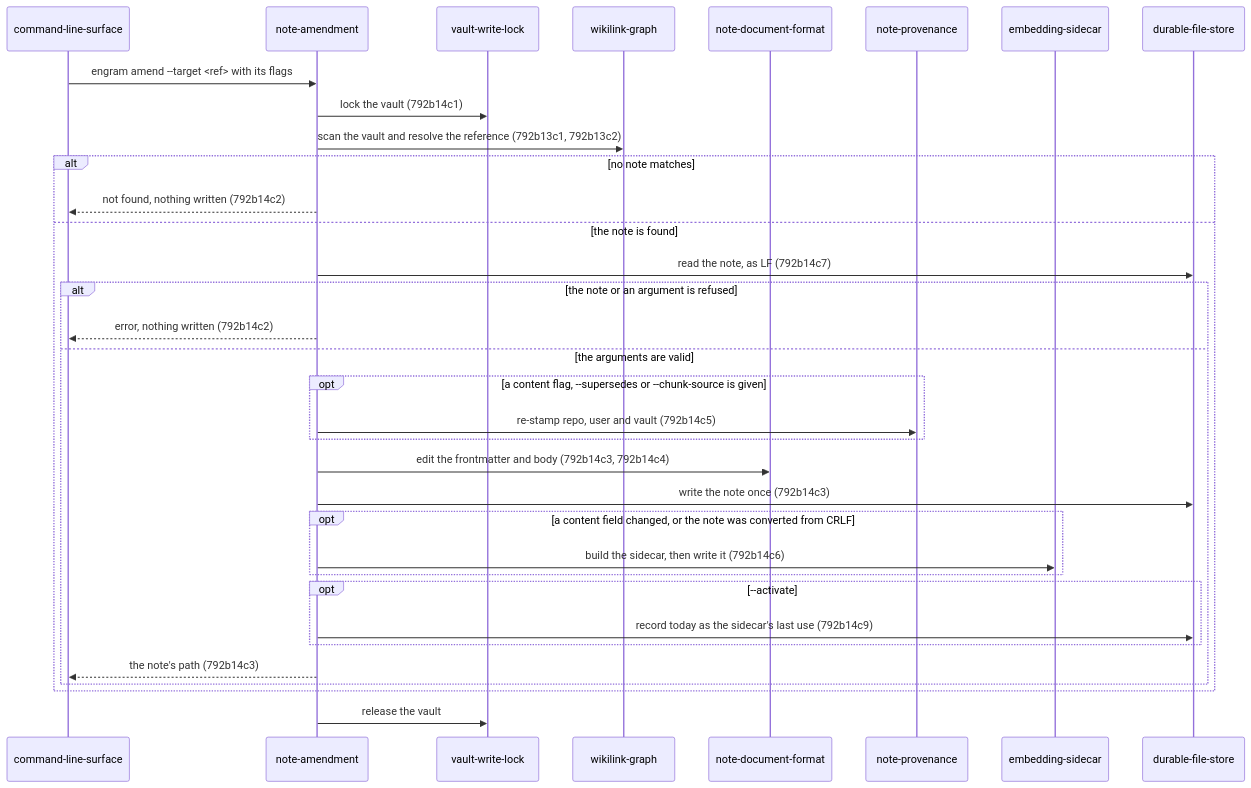
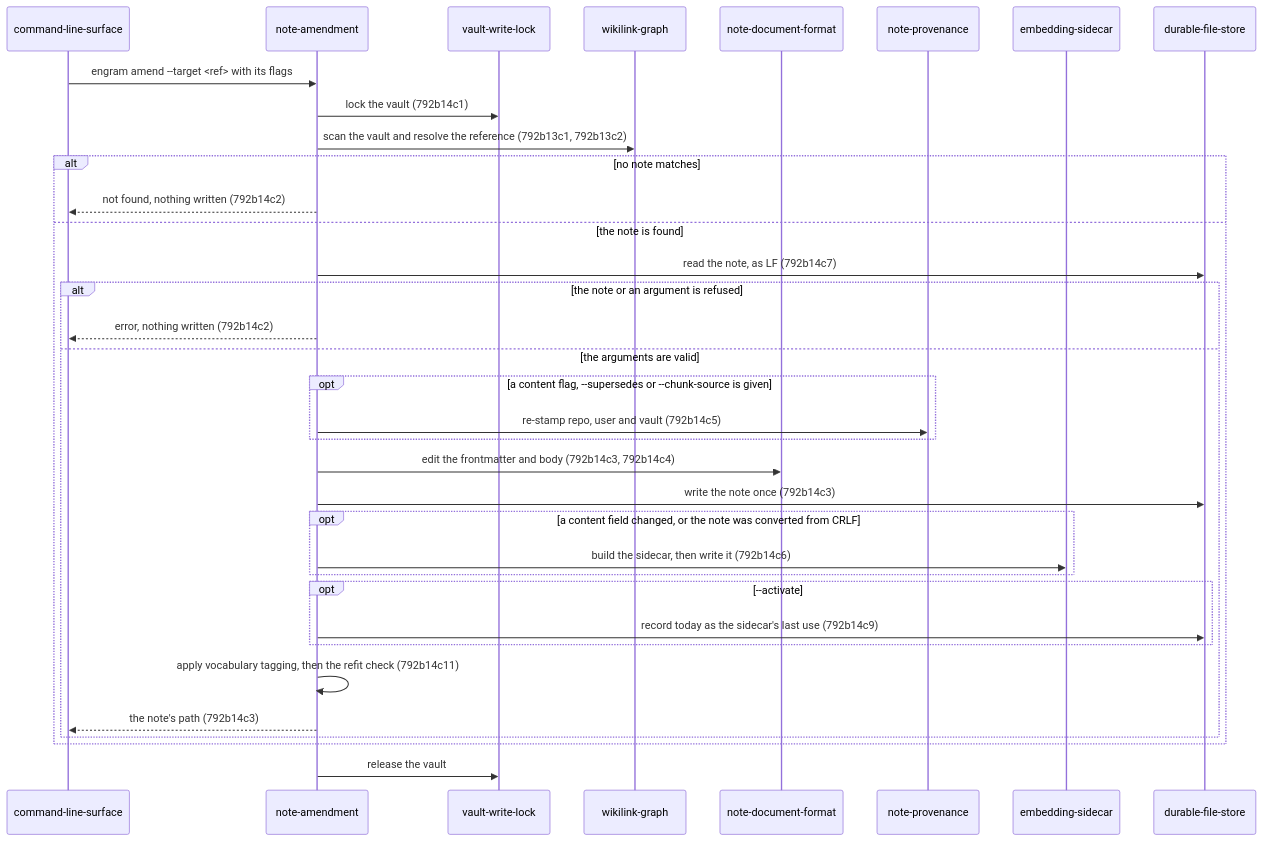
Before and after one commit to toejough/engram: diagram 14 of 20 in docs/changes/792_documentation-framework-adoption/792b_technical-spec.md, drawn with Mermaid. The commit also changed other lines of this file and 14 other files, not shown here.

````diff
--- a/docs/changes/792_documentation-framework-adoption/792b_technical-spec.md
+++ b/docs/changes/792_documentation-framework-adoption/792b_technical-spec.md
@@ -4142,36 +4283,37 @@
 ```mermaid
 sequenceDiagram
   participant CLI as command-line-surface
   participant Amend as note-amendment
   participant Lock as vault-write-lock
   participant Graph as wikilink-graph
   participant Format as note-document-format
   participant Provenance as note-provenance
   participant Sidecar as embedding-sidecar
   participant Store as durable-file-store
   CLI->>Amend: engram amend --target <ref> with its flags
   Amend->>Lock: lock the vault (792b14c1)
   Amend->>Graph: scan the vault and resolve the reference (792b13c1, 792b13c2)
   alt no note matches
     Amend-->>CLI: not found, nothing written (792b14c2)
   else the note is found
     Amend->>Store: read the note, as LF (792b14c7)
     alt the note or an argument is refused
       Amend-->>CLI: error, nothing written (792b14c2)
     else the arguments are valid
       opt a content flag, --supersedes or --chunk-source is given
         Amend->>Provenance: re-stamp repo, user and vault (792b14c5)
       end
       Amend->>Format: edit the frontmatter and body (792b14c3, 792b14c4)
       Amend->>Store: write the note once (792b14c3)
       opt a content field changed, or the note was converted from CRLF
         Amend->>Sidecar: build the sidecar, then write it (792b14c6)
       end
       opt --activate
         Amend->>Store: record today as the sidecar's last use (792b14c9)
       end
+      Amend->>Amend: apply vocabulary tagging, then the refit check (792b14c11)
       Amend-->>CLI: the note's path (792b14c3)
     end
   end
   Amend->>Lock: release the vault
 ```
````
